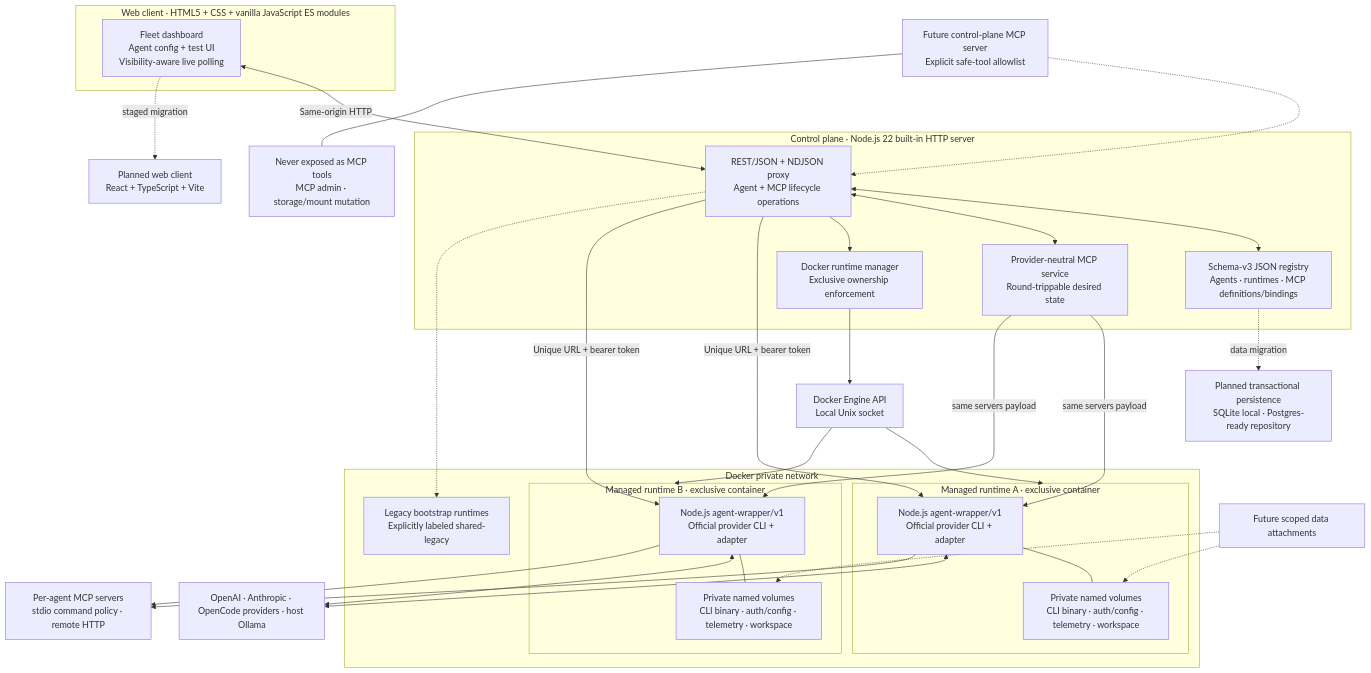
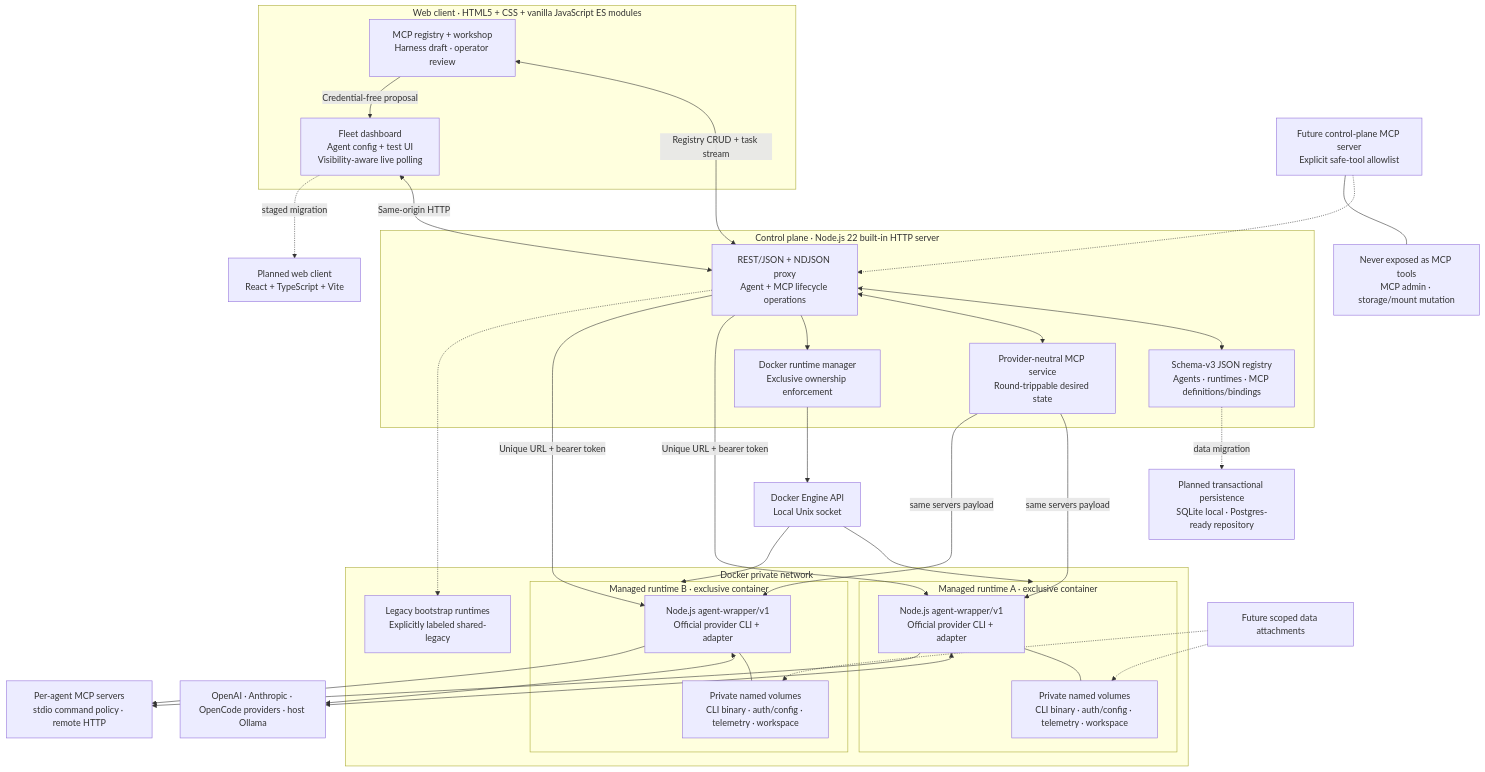
The diagram in docs/architecture.mmd (alext-avi/agent-dock), drawn with Mermaid before and after one commit. The commit also changed 9 other files, not shown here.

Commit message:
Add MCP registry and harness workshop

```diff
--- a/docs/architecture.mmd
+++ b/docs/architecture.mmd
@@ -1,57 +1,60 @@
 flowchart TB
   subgraph Client["Web client · HTML5 + CSS + vanilla JavaScript ES modules"]
     UI["Fleet dashboard\nAgent config + test UI\nVisibility-aware live polling"]
+    Workshop["MCP registry + workshop\nHarness draft · operator review"]
   end
 
   subgraph Plane["Control plane · Node.js 22 built-in HTTP server"]
     API["REST/JSON + NDJSON proxy\nAgent + MCP lifecycle operations"]
     Registry["Schema-v3 JSON registry\nAgents · runtimes · MCP definitions/bindings"]
     McpService["Provider-neutral MCP service\nRound-trippable desired state"]
     Provisioner["Docker runtime manager\nExclusive ownership enforcement"]
   end
 
   Engine["Docker Engine API\nLocal Unix socket"]
 
   subgraph Docker["Docker private network"]
     subgraph RuntimeA["Managed runtime A · exclusive container"]
       WA["Node.js agent-wrapper/v1\nOfficial provider CLI + adapter"]
       VA["Private named volumes\nCLI binary · auth/config · telemetry · workspace"]
       WA --- VA
     end
     subgraph RuntimeB["Managed runtime B · exclusive container"]
       WB["Node.js agent-wrapper/v1\nOfficial provider CLI + adapter"]
       VB["Private named volumes\nCLI binary · auth/config · telemetry · workspace"]
       WB --- VB
     end
     Legacy["Legacy bootstrap runtimes\nExplicitly labeled shared-legacy"]
   end
 
   Providers["OpenAI · Anthropic · OpenCode providers · host Ollama"]
   MCP["Per-agent MCP servers\nstdio command policy · remote HTTP"]
   FutureMcp["Future control-plane MCP server\nExplicit safe-tool allowlist"]
   Guard["Never exposed as MCP tools\nMCP admin · storage/mount mutation"]
   Data["Future scoped data attachments"]
   React["Planned web client\nReact + TypeScript + Vite"]
   Database["Planned transactional persistence\nSQLite local · Postgres-ready repository"]
 
   UI <-->|"Same-origin HTTP"| API
+  Workshop <-->|"Registry CRUD + task stream"| API
+  Workshop -->|"Credential-free proposal"| UI
   API <--> Registry
   API <--> McpService
   API --> Provisioner --> Engine
   Engine --> RuntimeA
   Engine --> RuntimeB
   API -->|"Unique URL + bearer token"| WA
   API -->|"Unique URL + bearer token"| WB
   WA <--> Providers
   WB <--> Providers
   API -.-> Legacy
   UI -.->|"staged migration"| React
   Registry -.->|"data migration"| Database
   McpService -->|"same servers payload"| WA
   McpService -->|"same servers payload"| WB
   WA --> MCP
   WB --> MCP
   FutureMcp -.-> API
   FutureMcp --- Guard
   Data -.-> VA
   Data -.-> VB
```
